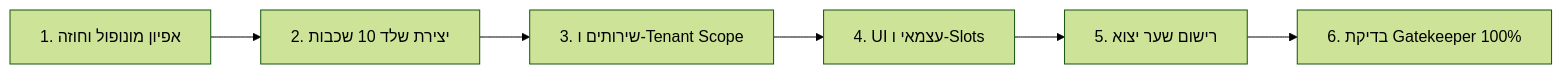
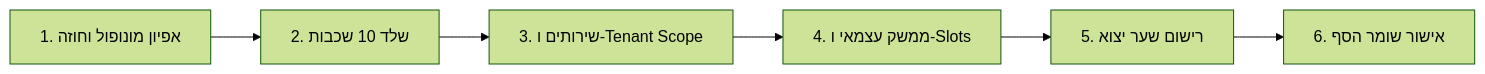
The diagram in .gemini/skills/kosun26-modular-factory/SKILL.md (asher777777/componna), drawn with Mermaid (forest theme) before and after one commit. The commit also changed other lines of this file and 91 other files, not shown here.

Commit message:
feat: add initial modular architecture, workspace components, and utility services for CRM and AI engine

````diff
--- a/.gemini/skills/kosun26-modular-factory/SKILL.md
+++ b/.gemini/skills/kosun26-modular-factory/SKILL.md
@@ -36,8 +36,8 @@
 ```mermaid
 flowchart LR
-    Phase1["1. אפיון מונופול וחוזה"] --> Phase2["2. יצירת שלד 10 שכבות"]
+    Phase1["1. אפיון מונופול וחוזה"] --> Phase2["2. שלד 10 שכבות"]
     Phase2 --> Phase3["3. שירותים ו-Tenant Scope"]
-    Phase3 --> Phase4["4. UI עצמאי ו-Slots"]
+    Phase3 --> Phase4["4. ממשק עצמאי ו-Slots"]
     Phase4 --> Phase5["5. רישום שער יצוא"]
-    Phase5 --> Phase6["6. בדיקת Gatekeeper 100%"]
+    Phase5 --> Phase6["6. אישור שומר הסף"]
 ```
````
